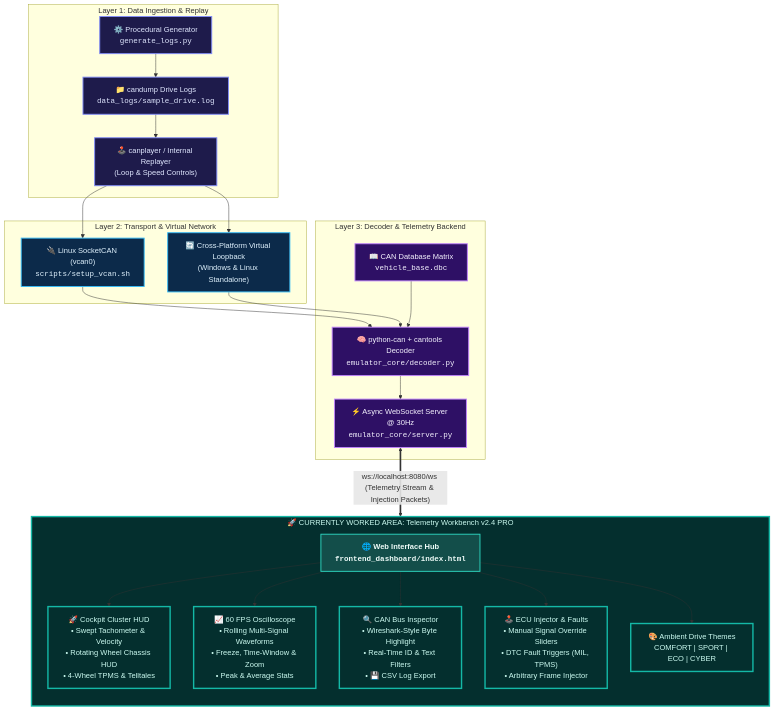
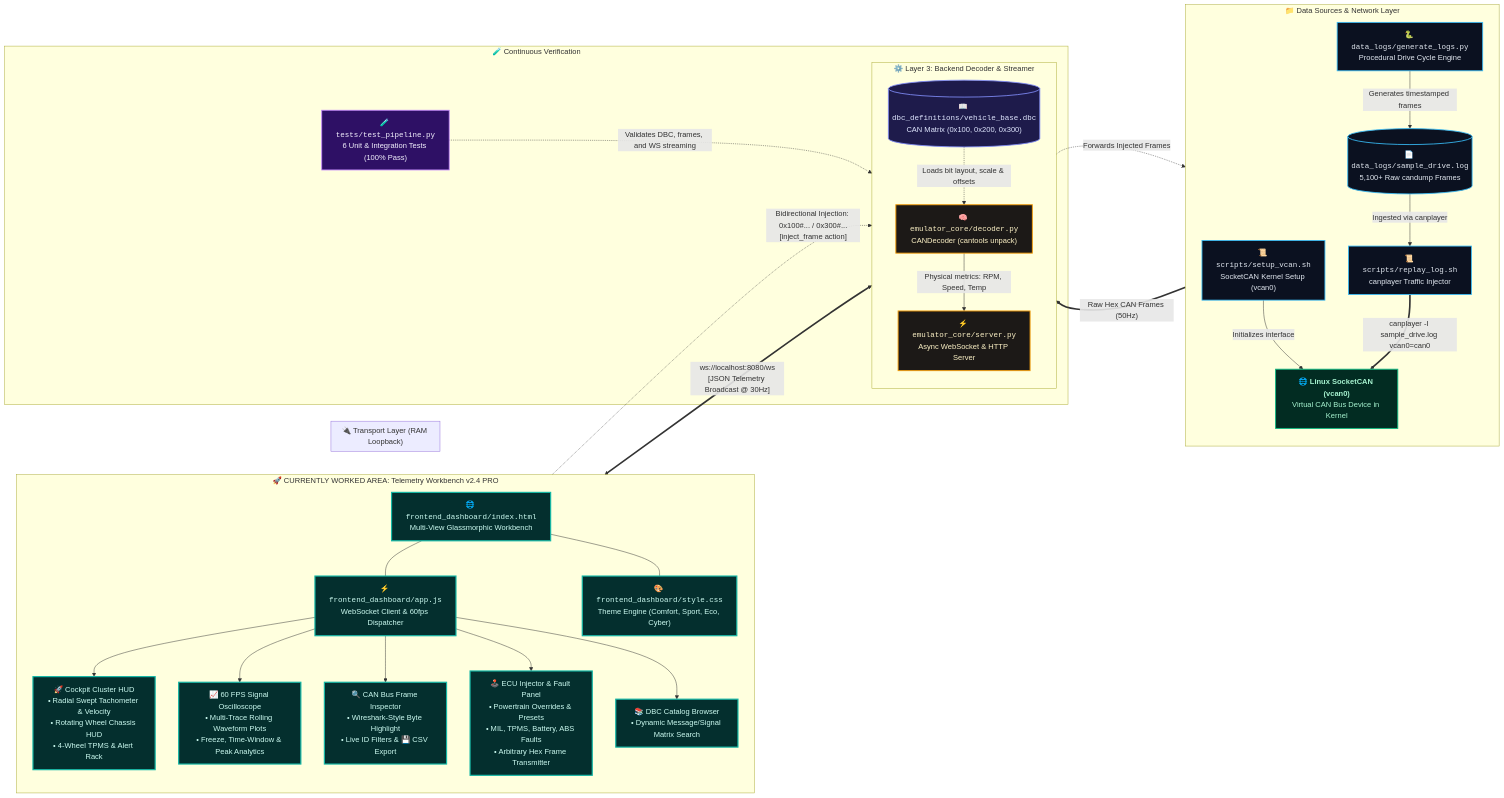
Before and after one commit to Ravish2807/OpenTwin: the diagram in README.md, drawn with Mermaid. The commit also changed other lines of this file, not shown here.

Commit message:
docs: integrate archify-style codebase architecture flow with descriptive arrows

````diff
--- a/README.md
+++ b/README.md
@@ -20,61 +18,88 @@
 ```mermaid
-flowchart TD
+flowchart LR
+    %% =========================================================================
+    %% ARCHIFY CODEBASE ARCHITECTURE & DATA FLOW
+    %% =========================================================================
+
     %% Node Styling Definitions
-    classDef inputNode fill:#1e1b4b,stroke:#818cf8,stroke-width:2px,color:#e0e7ff;
-    classDef busNode fill:#0c2a4a,stroke:#38bdf8,stroke-width:2px,color:#e0f2fe;
-    classDef coreNode fill:#2e1065,stroke:#c084fc,stroke-width:2px,color:#f5f3ff;
-    classDef activeWork fill:#042f2e,stroke:#14b8a6,stroke-width:3px,color:#ccfbf1;
-    classDef focusNode fill:#134e4a,stroke:#2dd4bf,stroke-width:2px,color:#f0fdfa,font-weight:bold;
+    classDef fileNode fill:#0b1120,stroke:#38bdf8,stroke-width:1.8px,color:#e2e8f0;
+    classDef dbcNode fill:#1e1b4b,stroke:#818cf8,stroke-width:1.8px,color:#e0e7ff;
+    classDef transportNode fill:#022c22,stroke:#10b981,stroke-width:2px,color:#a7f3d0;
+    classDef backendNode fill:#1c1917,stroke:#f59e0b,stroke-width:2px,color:#fef3c7;
+    classDef activeWorkspace fill:#042f2e,stroke:#14b8a6,stroke-width:2.5px,color:#ccfbf1;
+    classDef testNode fill:#2e1065,stroke:#c084fc,stroke-width:1.8px,color:#f5f3ff;
 
-    subgraph INGESTION [" Layer 1: Data Ingestion & Replay "]
-        A1["📁 candump Drive Logs<br/><code>data_logs/sample_drive.log</code>"]:::inputNode
-        A2["⚙️ Procedural Generator<br/><code>generate_logs.py</code>"]:::inputNode
-        A3["🕹️ canplayer / Internal Replayer<br/>(Loop & Speed Controls)"]:::inputNode
-        A1 --> A3
-        A2 --> A1
+    %% -------------------------------------------------------------------------
+    %% SUBGRAPH 1: DATA SOURCES & NETWORK SCRIPTS
+    %% -------------------------------------------------------------------------
+    subgraph SOURCES [" 📁 Data Sources & Network Layer "]
+        direction TB
+        LOG_GEN["🐍 <code>data_logs/generate_logs.py</code><br/>Procedural Drive Cycle Engine"]:::fileNode
+        LOG_FILE[("📄 <code>data_logs/sample_drive.log</code><br/>5,100+ Raw candump Frames")]:::fileNode
+        VCAN_SCRIPT["📜 <code>scripts/setup_vcan.sh</code><br/>SocketCAN Kernel Setup (vcan0)"]:::fileNode
+        REPLAY_SCRIPT["📜 <code>scripts/replay_log.sh</code><br/>canplayer Traffic Injector"]:::fileNode
+        
+        LOG_GEN -- "Generates timestamped frames" --> LOG_FILE
+        VCAN_SCRIPT -- "Initializes interface" --> VCAN_BUS
+        LOG_FILE -- "Ingested via canplayer" --> REPLAY_SCRIPT
     end
 
-    subgraph TRANSPORT [" Layer 2: Transport & Virtual Network "]
-        B1["🔌 Linux SocketCAN (vcan0)<br/><code>scripts/setup_vcan.sh</code>"]:::busNode
-        B2["🔄 Cross-Platform Virtual Loopback<br/>(Windows & Linux Standalone)"]:::busNode
-        A3 --> B1
-        A3 --> B2
+    %% -------------------------------------------------------------------------
+    %% SUBGRAPH 2: TRANSPORT & VIRTUAL CAN BUS
+    %% -------------------------------------------------------------------------
+    subgraph TRANSPORT [" 🔌 Transport Layer (RAM Loopback) "]
+        VCAN_BUS["🌐 <b>Linux SocketCAN (vcan0)</b><br/>Virtual CAN Bus Device in Kernel"]:::transportNode
+        REPLAY_SCRIPT == "canplayer -I sample_drive.log vcan0=can0" ==> VCAN_BUS
     end
 
-    subgraph CORE [" Layer 3: Decoder & Telemetry Backend "]
-        C1["📖 CAN Database Matrix<br/><code>vehicle_base.dbc</code>"]:::coreNode
-        C2["🧠 python-can + cantools Decoder<br/><code>emulator_core/decoder.py</code>"]:::coreNode
-        C3["⚡ Async WebSocket Server @ 30Hz<br/><code>emulator_core/server.py</code>"]:::coreNode
-        B1 --> C2
-        B2 --> C2
-        C1 --> C2
-        C2 --> C3
+    %% -------------------------------------------------------------------------
+    %% SUBGRAPH 3: BACKEND DECODER & WEBSOCKET ENGINE
+    %% -------------------------------------------------------------------------
+    subgraph BACKEND [" ⚙️ Layer 3: Backend Decoder & Streamer "]
+        direction TB
+        DBC_DEF[("📖 <code>dbc_definitions/vehicle_base.dbc</code><br/>CAN Matrix (0x100, 0x200, 0x300)")]:::dbcNode
+        PY_DECODER["🧠 <code>emulator_core/decoder.py</code><br/>CANDecoder (cantools unpack)"]:::backendNode
+        PY_SERVER["⚡ <code>emulator_core/server.py</code><br/>Async WebSocket & HTTP Server"]:::backendNode
+
+        VCAN_BUS == "Raw Hex CAN Frames (50Hz)" ==> PY_DECODER
+        DBC_DEF -. "Loads bit layout, scale & offsets" .-> PY_DECODER
+        PY_DECODER -- "Physical metrics: RPM, Speed, Temp" --> PY_SERVER
     end
 
-    subgraph WORKBENCH [" 🚀 CURRENTLY WORKED AREA: Telemetry Workbench v2.4 PRO "]
+    %% -------------------------------------------------------------------------
+    %% SUBGRAPH 4: ACTIVE WORKSPACE (FRONTEND WORKBENCH)
+    %% -------------------------------------------------------------------------
+    subgraph FRONTEND [" 🚀 CURRENTLY WORKED AREA: Telemetry Workbench v2.4 PRO "]
         direction TB
-        D0["🌐 Web Interface Hub<br/><code>frontend_dashboard/index.html</code>"]:::focusNode
-        
-        D1["🚀 Cockpit Cluster HUD<br/>• Swept Tachometer & Velocity<br/>• Rotating Wheel Chassis HUD<br/>• 4-Wheel TPMS & Telltales"]:::activeWork
-        
-        D2["📈 60 FPS Oscilloscope<br/>• Rolling Multi-Signal Waveforms<br/>• Freeze, Time-Window & Zoom<br/>• Peak & Average Stats"]:::activeWork
-        
-        D3["🔍 CAN Bus Inspector<br/>• Wireshark-Style Byte Highlight<br/>• Real-Time ID & Text Filters<br/>• 💾 CSV Log Export"]:::activeWork
-        
-        D4["🕹️ ECU Injector & Faults<br/>• Manual Signal Override Sliders<br/>• DTC Fault Triggers (MIL, TPMS)<br/>• Arbitrary Frame Injector"]:::activeWork
-        
-        D5["🎨 Ambient Drive Themes<br/>COMFORT | SPORT | ECO | CYBER"]:::activeWork
+        UI_HUB["🌐 <code>frontend_dashboard/index.html</code><br/>Multi-View Glassmorphic Workbench"]:::activeWorkspace
+        UI_LOGIC["⚡ <code>frontend_dashboard/app.js</code><br/>WebSocket Client & 60fps Dispatcher"]:::activeWorkspace
+        UI_STYLE["🎨 <code>frontend_dashboard/style.css</code><br/>Theme Engine (Comfort, Sport, Eco, Cyber)"]:::activeWorkspace
 
-        D0 --> D1
-        D0 --> D2
-        D0 --> D3
-        D0 --> D4
-        D0 --> D5
+        W1["🚀 Cockpit Cluster HUD<br/>• Radial Swept Tachometer & Velocity<br/>• Rotating Wheel Chassis HUD<br/>• 4-Wheel TPMS & Alert Rack"]:::activeWorkspace
+        W2["📈 60 FPS Signal Oscilloscope<br/>• Multi-Trace Rolling Waveform Plots<br/>• Freeze, Time-Window & Peak Analytics"]:::activeWorkspace
+        W3["🔍 CAN Bus Frame Inspector<br/>• Wireshark-Style Byte Highlight<br/>• Live ID Filters & 💾 CSV Export"]:::activeWorkspace
+        W4["🕹️ ECU Injector & Fault Panel<br/>• Powertrain Overrides & Presets<br/>• MIL, TPMS, Battery, ABS Faults<br/>• Arbitrary Hex Frame Transmitter"]:::activeWorkspace
+        W5["📚 DBC Catalog Browser<br/>• Dynamic Message/Signal Matrix Search"]:::activeWorkspace
+
+        UI_HUB --- UI_LOGIC
+        UI_HUB --- UI_STYLE
+        UI_LOGIC --> W1
+        UI_LOGIC --> W2
+        UI_LOGIC --> W3
+        UI_LOGIC --> W4
+        UI_LOGIC --> W5
     end
 
-    %% Bidirectional Connection
-    C3 <== "ws://localhost:8080/ws (Telemetry Stream & Injection Packets)" ==> D0
+    %% Bidirectional Telemetry Stream & Injection Feedback Loop
+    PY_SERVER <== "ws://localhost:8080/ws<br/>[JSON Telemetry Broadcast @ 30Hz]" ==> UI_LOGIC
+    W4 -. "Bidirectional Injection: 0x100#... / 0x300#...<br/>[inject_frame action]" .-> PY_SERVER
+    PY_SERVER -. "Forwards Injected Frames" .-> VCAN_BUS
 
-    %% Active Workspace Callout Node
-    class WORKBENCH activeWork;
+    %% -------------------------------------------------------------------------
+    %% SUBGRAPH 5: AUTOMATED TEST PIPELINE
+    %% -------------------------------------------------------------------------
+    subgraph TESTS [" 🧪 Continuous Verification "]
+        TEST_SUITE["🧪 <code>tests/test_pipeline.py</code><br/>6 Unit & Integration Tests (100% Pass)"]:::testNode
+        TEST_SUITE -. "Validates DBC, frames, and WS streaming" .-> BACKEND
+    end
 ```
````
